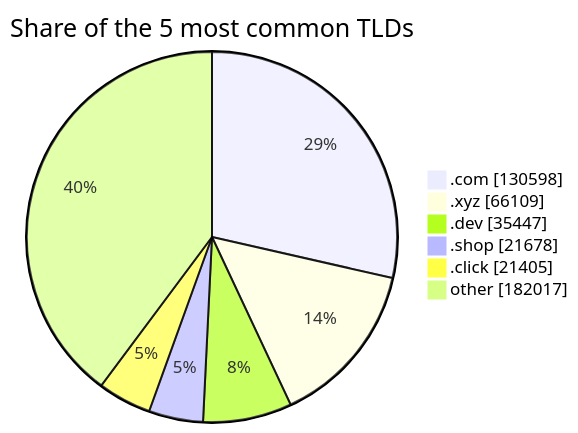
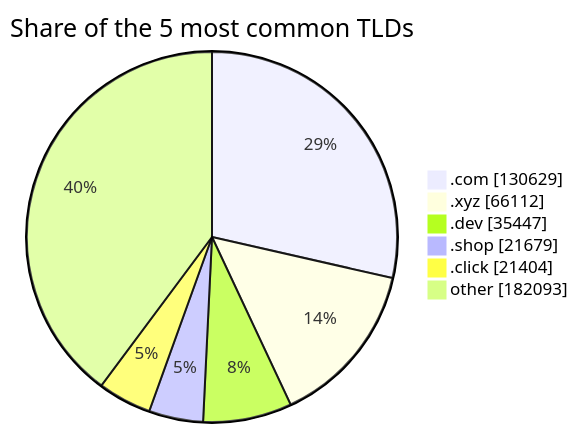
The third of 3 diagrams in README.md (DNSBunker/CTI), drawn with Mermaid before and after one commit. The commit also changed other lines of this file and 3 other files, not shown here.

````diff
--- a/README.md
+++ b/README.md
@@ -81,9 +81,9 @@
 ```mermaid
 pie showData title Share of the 5 most common TLDs
-    ".com" : 130598
-    ".xyz" : 66109
+    ".com" : 130629
+    ".xyz" : 66112
     ".dev" : 35447
-    ".shop" : 21678
-    ".click" : 21405
-    "other" : 182017
+    ".shop" : 21679
+    ".click" : 21404
+    "other" : 182093
 ```
````
